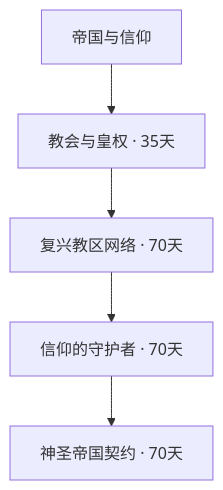
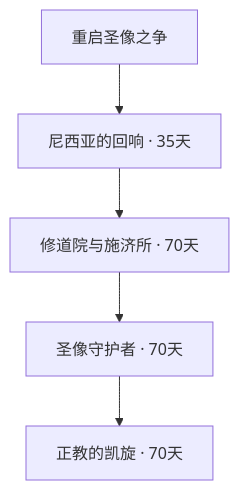
Before and after one commit to Harry-Liu23/Heart-Of-Iron-Roma-Empire-Mod: the sixth of 22 diagrams in docs/当前完整国策与效果.md, drawn with Mermaid. The commit also changed other lines of this file and 29 other files, not shown here.

````diff
--- a/docs/当前完整国策与效果.md
+++ b/docs/当前完整国策与效果.md
@@ -250,12 +236,12 @@
 ```mermaid
 flowchart TD
-    RR_church_crown["教会与皇权 · 35天"]
-    RR_faith["帝国与信仰"]
+    RR_church_crown["尼西亚的回响 · 35天"]
+    RR_faith["重启圣像之争"]
     RR_faith --> RR_church_crown
-    RR_dioceses["复兴教区网络 · 70天"]
+    RR_dioceses["修道院与施济所 · 70天"]
     RR_church_crown --> RR_dioceses
-    RR_faith_guard["信仰的守护者 · 70天"]
+    RR_faith_guard["圣像守护者 · 70天"]
     RR_dioceses --> RR_faith_guard
-    RR_sacred_contract["神圣帝国契约 · 70天"]
+    RR_sacred_contract["正教的凯旋 · 70天"]
     RR_faith_guard --> RR_sacred_contract
 ```
````
